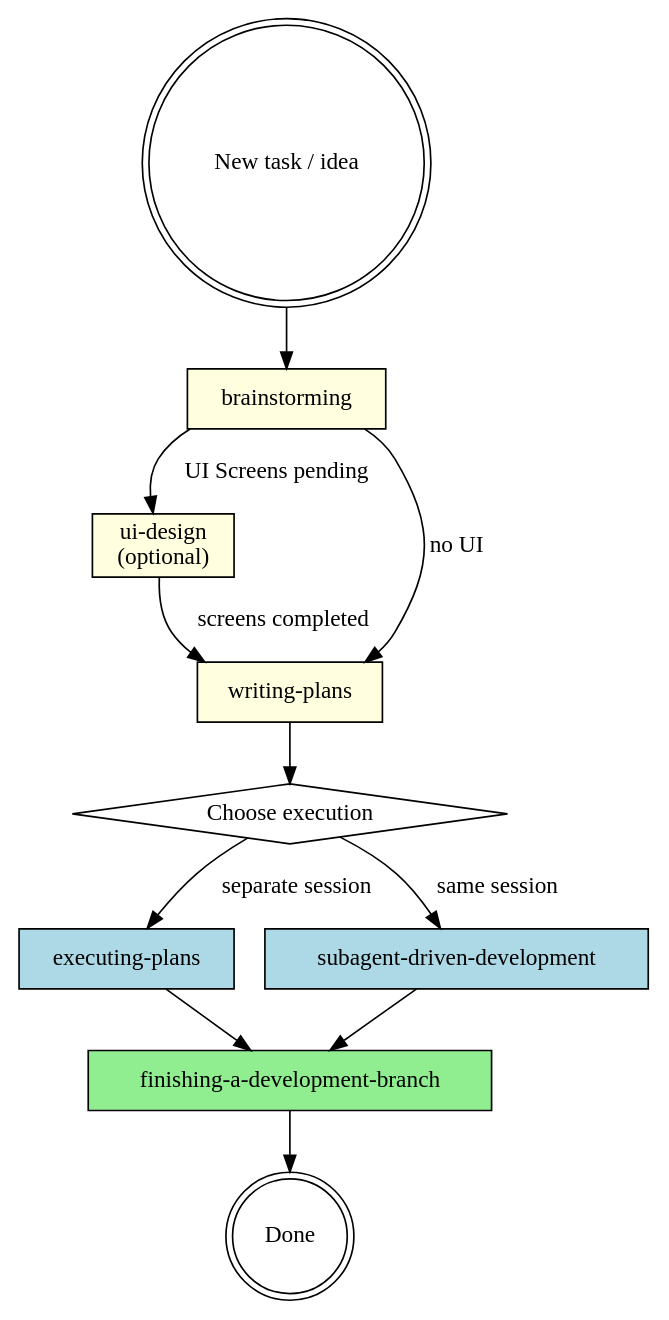
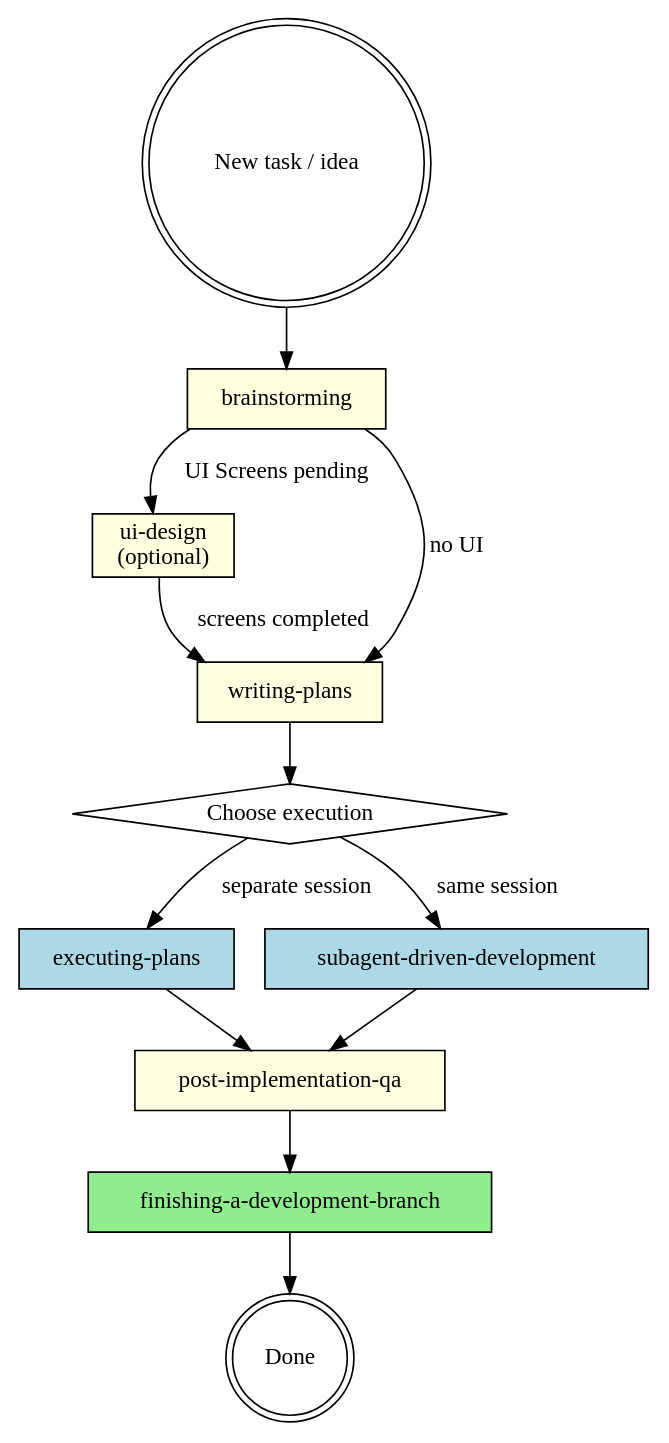
Before and after one commit to Kodria/agentic-workflow: the diagram in registry/skills/development-process/SKILL.md, drawn with Graphviz. The commit also changed other lines of this file, not shown here.

First line of the commit message:
feat(skills): integrate post-implementation-qa phase into development-process

````diff
--- a/registry/skills/development-process/SKILL.md
+++ b/registry/skills/development-process/SKILL.md
@@ -16,26 +16,28 @@
 ```dot
 digraph lifecycle {
     rankdir=TB;
 
     "New task / idea" [shape=doublecircle];
     "brainstorming" [shape=box, style=filled, fillcolor=lightyellow];
     "ui-design" [shape=box, style=filled, fillcolor=lightyellow, label="ui-design\n(optional)"];
     "writing-plans" [shape=box, style=filled, fillcolor=lightyellow];
     "Choose execution" [shape=diamond];
     "executing-plans" [shape=box, style=filled, fillcolor=lightblue];
     "subagent-driven-development" [shape=box, style=filled, fillcolor=lightblue];
     "finishing-a-development-branch" [shape=box, style=filled, fillcolor=lightgreen];
     "Done" [shape=doublecircle];
 
     "New task / idea" -> "brainstorming";
     "brainstorming" -> "ui-design" [label="UI Screens pending"];
     "brainstorming" -> "writing-plans" [label="no UI"];
     "ui-design" -> "writing-plans" [label="screens completed"];
     "writing-plans" -> "Choose execution";
     "Choose execution" -> "executing-plans" [label="separate session"];
     "Choose execution" -> "subagent-driven-development" [label="same session"];
-    "executing-plans" -> "finishing-a-development-branch";
-    "subagent-driven-development" -> "finishing-a-development-branch";
+    "post-implementation-qa" [shape=box, style=filled, fillcolor=lightyellow, label="post-implementation-qa"];
+    "executing-plans" -> "post-implementation-qa";
+    "subagent-driven-development" -> "post-implementation-qa";
+    "post-implementation-qa" -> "finishing-a-development-branch";
     "finishing-a-development-branch" -> "Done";
 }
 ```
````
